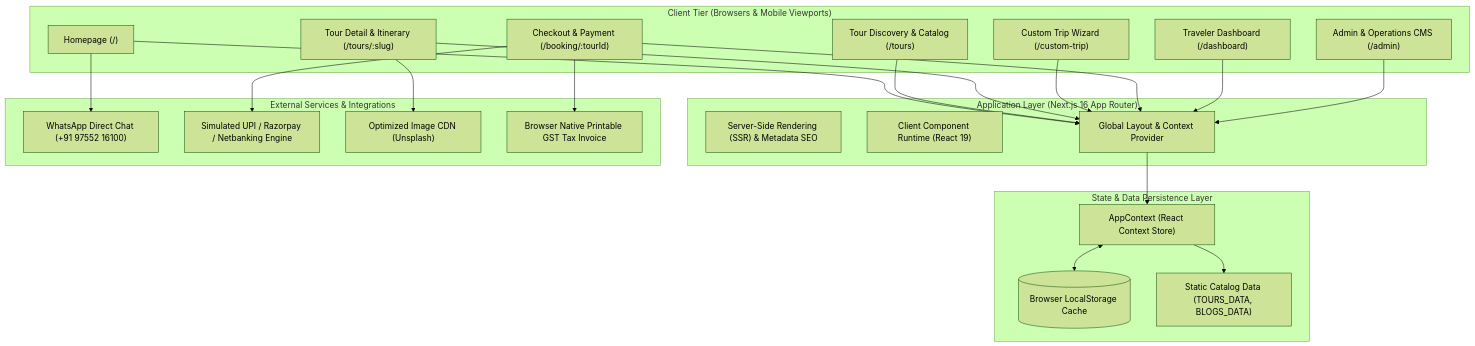
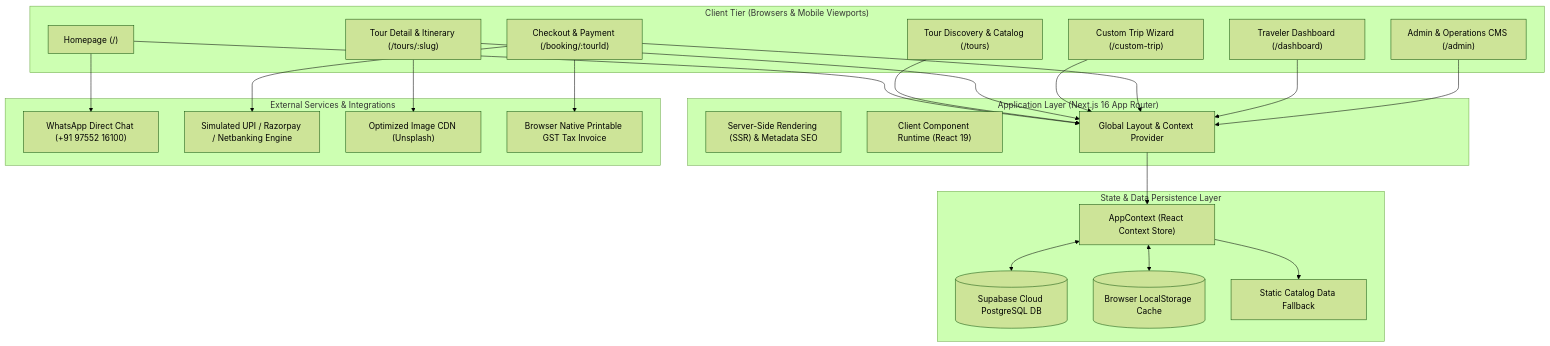
The first of 5 diagrams in README.md (drdhavaltrivedi/humtripwale-travel), drawn with Mermaid (forest theme) before and after one commit. The commit also changed 9 other files, not shown here.

Commit message:
feat: integrate Supabase PostgreSQL backend with migrations, REST APIs, and live client synchronization

````diff
--- a/README.md
+++ b/README.md
@@ -54,48 +54,50 @@
 ```mermaid
 flowchart TD
     subgraph ClientTier["Client Tier (Browsers & Mobile Viewports)"]
         UI_Home["Homepage (/)"]
         UI_Tours["Tour Discovery & Catalog (/tours)"]
         UI_TourDetail["Tour Detail & Itinerary (/tours/:slug)"]
         UI_Custom["Custom Trip Wizard (/custom-trip)"]
         UI_Booking["Checkout & Payment (/booking/:tourId)"]
         UI_Dashboard["Traveler Dashboard (/dashboard)"]
         UI_Admin["Admin & Operations CMS (/admin)"]
     end
 
     subgraph AppRouter["Application Layer (Next.js 16 App Router)"]
         SSR["Server-Side Rendering (SSR) & Metadata SEO"]
         ClientRuntime["Client Component Runtime (React 19)"]
         AppLayout["Global Layout & Context Provider"]
     end
 
     subgraph StateTier["State & Data Persistence Layer"]
         AppContext["AppContext (React Context Store)"]
+        SupabaseDB[("Supabase Cloud PostgreSQL DB")]
         LocalCache[("Browser LocalStorage Cache")]
-        StaticData["Static Catalog Data (TOURS_DATA, BLOGS_DATA)"]
+        StaticData["Static Catalog Data Fallback"]
     end
 
     subgraph ExternalIntegrations["External Services & Integrations"]
         WhatsApp["WhatsApp Direct Chat (+91 97552 16100)"]
         PaymentGateway["Simulated UPI / Razorpay / Netbanking Engine"]
         UnsplashCDN["Optimized Image CDN (Unsplash)"]
         PrintService["Browser Native Printable GST Tax Invoice"]
     end
 
     UI_Home --> AppLayout
     UI_Tours --> AppLayout
     UI_TourDetail --> AppLayout
     UI_Custom --> AppLayout
     UI_Booking --> AppLayout
     UI_Dashboard --> AppLayout
     UI_Admin --> AppLayout
 
     AppLayout --> AppContext
+    AppContext <--> SupabaseDB
     AppContext <--> LocalCache
     AppContext --> StaticData
 
     UI_Booking --> PaymentGateway
     UI_Booking --> PrintService
     UI_Home --> WhatsApp
     UI_TourDetail --> UnsplashCDN
 ```
````
